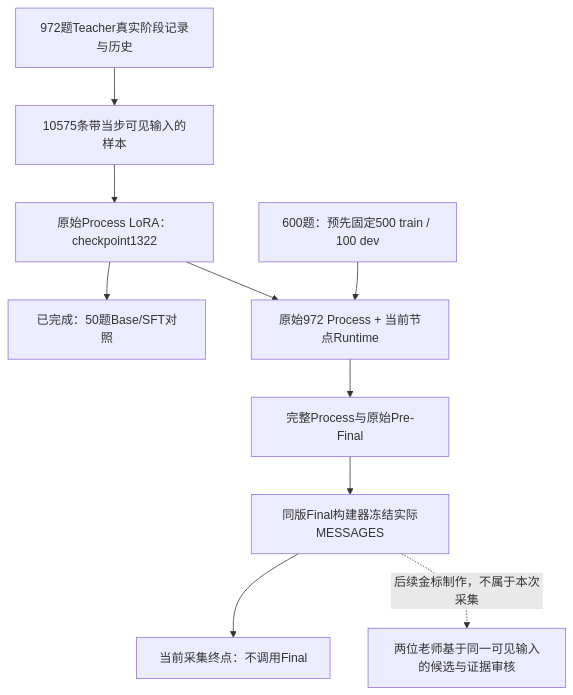
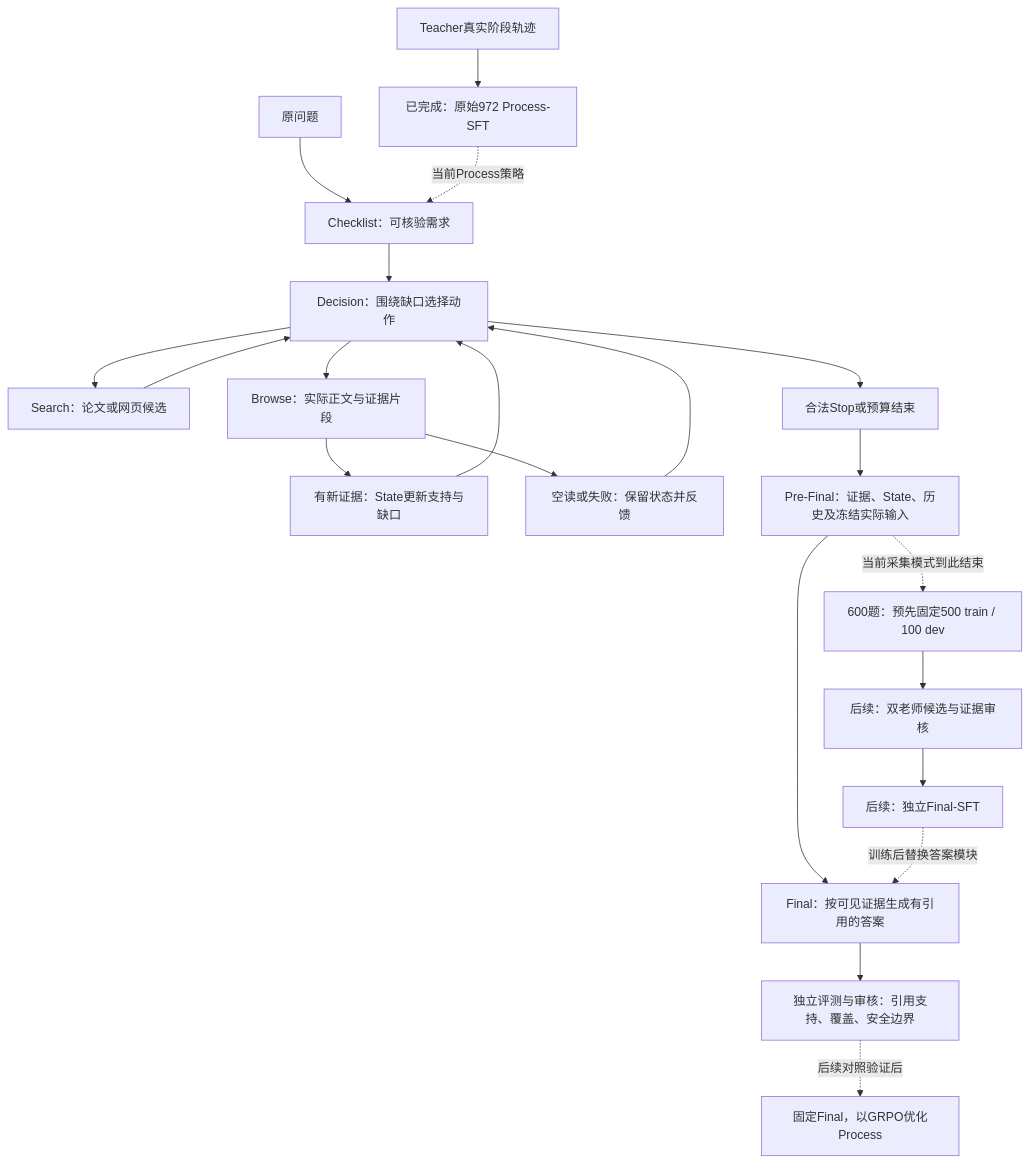
One commit to MaSunKing/medical-research-agent-grpo changed the diagram in versions/process_final_sft/README.md. Above: the diagram before and after it, drawn with Mermaid. The commit also changed other lines of this file and 1 other file, not shown here.

Commit message:
docs: lead with complete current workflow and staged training rationale

````diff
--- a/versions/process_final_sft/README.md
+++ b/versions/process_final_sft/README.md
@@ -66,12 +37,23 @@
 ```mermaid
 flowchart TB
-    T[972题Teacher真实阶段记录与历史] --> Steps[10575条带当步可见输入的样本]
-    Steps --> PS[原始Process LoRA：checkpoint1322]
-    PS --> Eval[已完成：50题Base/SFT对照]
-    Q[600题：预先固定500 train / 100 dev] --> Run[原始972 Process + 当前节点Runtime]
-    PS --> Run
-    Run --> Raw[完整Process与原始Pre-Final]
-    Raw --> Freeze[同版Final构建器冻结实际MESSAGES]
-    Freeze --> End[当前采集终点：不调用Final]
-    Freeze -. 后续金标制作，不属于本次采集 .-> Gold[两位老师基于同一可见输入的候选与证据审核]
+    Q[原问题] --> C[Checklist：可核验需求]
+    C --> D[Decision：围绕缺口选择动作]
+    D --> Search[Search：论文或网页候选]
+    Search --> D
+    D --> Browse[Browse：实际正文与证据片段]
+    Browse --> State[有新证据：State更新支持与缺口]
+    State --> D
+    Browse --> Feedback[空读或失败：保留状态并反馈]
+    Feedback --> D
+    D --> Stop[合法Stop或预算结束]
+    Stop --> Pack[Pre-Final：证据、State、历史及冻结实际输入]
+    Pack --> F[Final：按可见证据生成有引用的答案]
+    F --> Audit[独立评测与审核：引用支持、覆盖、安全边界]
+    Teacher[Teacher真实阶段轨迹] --> PSFT[已完成：原始972 Process-SFT]
+    PSFT -. 当前Process策略 .-> C
+    Pack -. 当前采集模式到此结束 .-> Data[600题：预先固定500 train / 100 dev]
+    Data --> Gold[后续：双老师候选与证据审核]
+    Gold --> FSFT[后续：独立Final-SFT]
+    FSFT -. 训练后替换答案模块 .-> F
+    Audit -. 后续对照验证后 .-> RL[固定Final，以GRPO优化Process]
 ```
````
